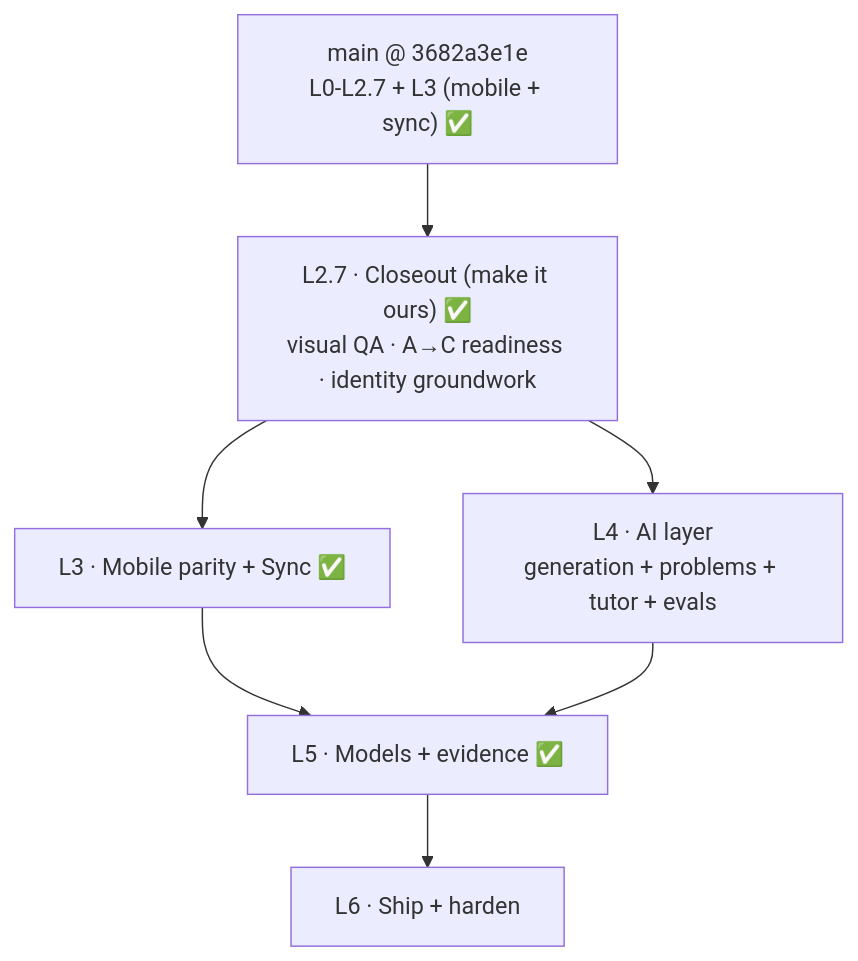
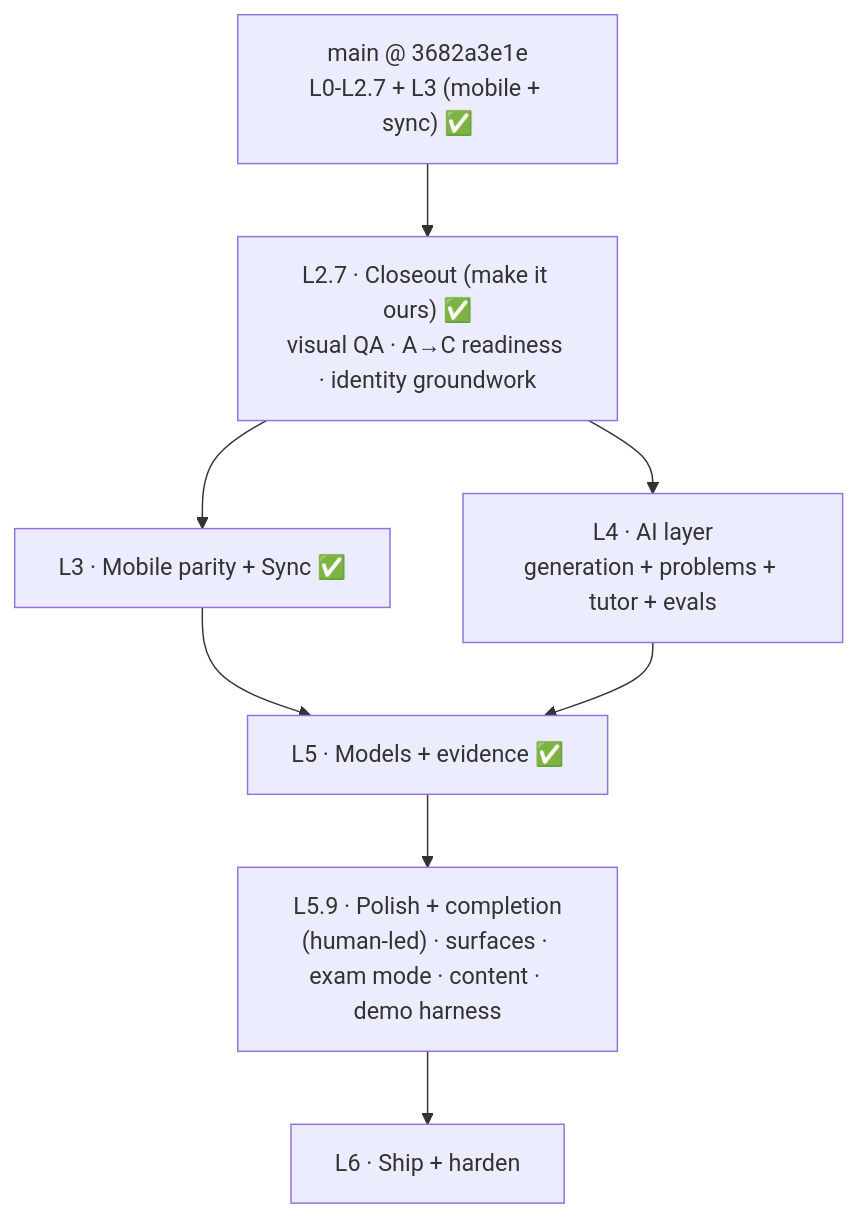
One commit to philote-dev/inka changed the diagram in docs_pgrep/plan/build-plan.md. Above: the diagram before and after it, drawn with Mermaid. The commit also changed other lines of this file, not shown here.

First line of the commit message:
docs(plan): add L5.9 polish and completion interlude before L6

````diff
--- a/docs_pgrep/plan/build-plan.md
+++ b/docs_pgrep/plan/build-plan.md
@@ -46,9 +46,10 @@
 ```mermaid
 flowchart TD
     NOW["main @ 3682a3e1e<br/>L0-L2.7 + L3 (mobile + sync) ✅"] --> L27["L2.7 · Closeout (make it ours) ✅<br/>visual QA · A→C readiness · identity groundwork"]
     L27 --> L3["L3 · Mobile parity + Sync ✅"]
     L27 --> L4["L4 · AI layer<br/>generation + problems + tutor + evals"]
     L3 --> L5["L5 · Models + evidence ✅"]
     L4 --> L5
-    L5 --> L6["L6 · Ship + harden"]
+    L5 --> LP["L5.9 · Polish + completion<br/>(human-led) · surfaces · exam mode · content · demo harness"]
+    LP --> L6["L6 · Ship + harden"]
 ```
````
